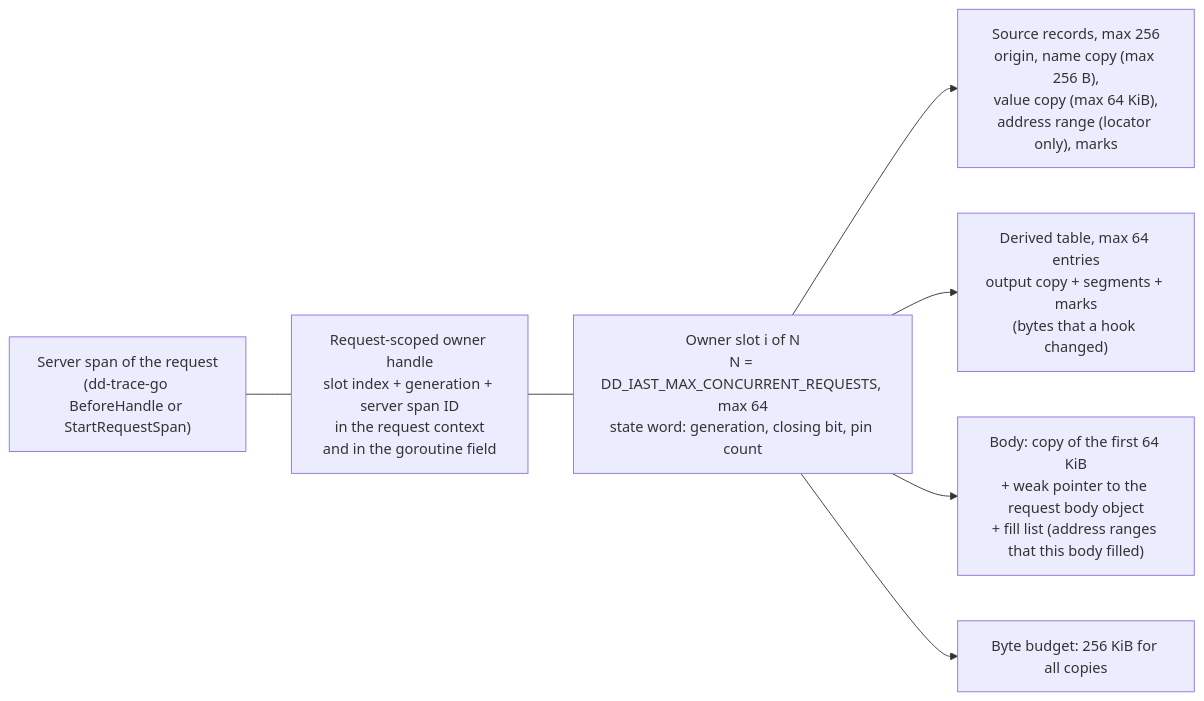
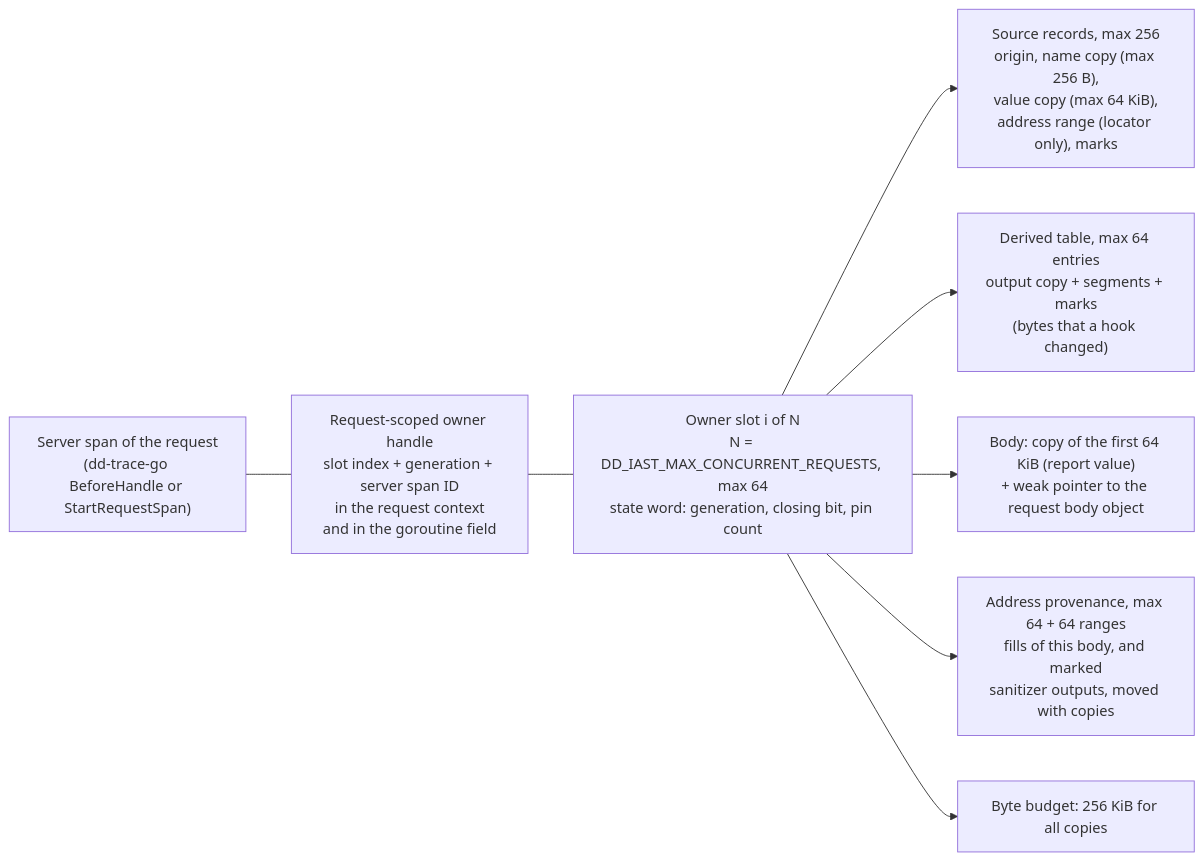
Before and after one commit to DataDog/dd-iast-go: the third of 7 diagrams in _docs/design/taint-tracking-v0.md, drawn with Mermaid. The commit also changed other lines of this file, not shown here.

````diff
--- a/_docs/design/taint-tracking-v0.md
+++ b/_docs/design/taint-tracking-v0.md
@@ -324,9 +336,10 @@
 ```mermaid
 flowchart LR
   SS["Server span of the request<br/>(dd-trace-go BeforeHandle or StartRequestSpan)"] --- H["Request-scoped owner handle<br/>slot index + generation + server span ID<br/>in the request context<br/>and in the goroutine field"]
   H --- OW["Owner slot i of N<br/>N = DD_IAST_MAX_CONCURRENT_REQUESTS, max 64<br/>state word: generation, closing bit, pin count"]
   OW --> SR["Source records, max 256<br/>origin, name copy (max 256 B),<br/>value copy (max 64 KiB),<br/>address range (locator only), marks"]
   OW --> DT["Derived table, max 64 entries<br/>output copy + segments + marks<br/>(bytes that a hook changed)"]
-  OW --> BC["Body: copy of the first 64 KiB<br/>+ weak pointer to the request body object<br/>+ fill list (address ranges that this body filled)"]
+  OW --> BC["Body: copy of the first 64 KiB (report value)<br/>+ weak pointer to the request body object"]
+  OW --> AP["Address provenance, max 64 + 64 ranges<br/>fills of this body, and marked<br/>sanitizer outputs, moved with copies"]
   OW --> BUD["Byte budget: 256 KiB for all copies"]
 ```
````
